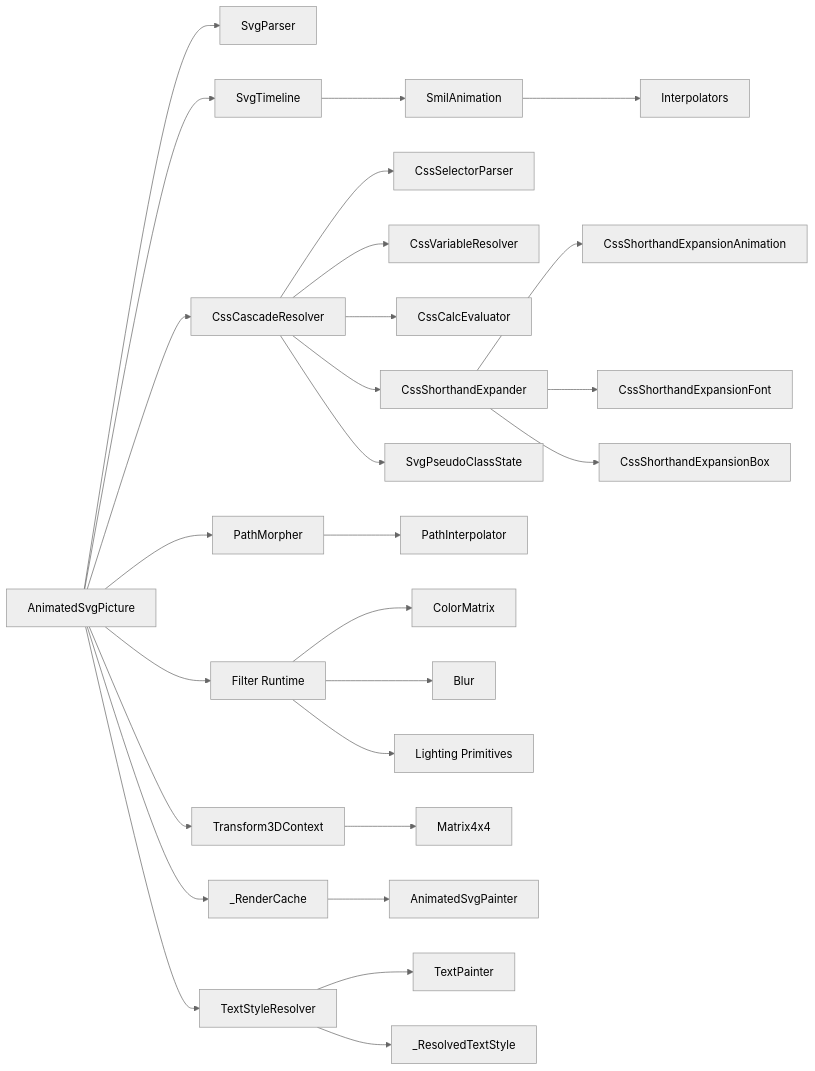
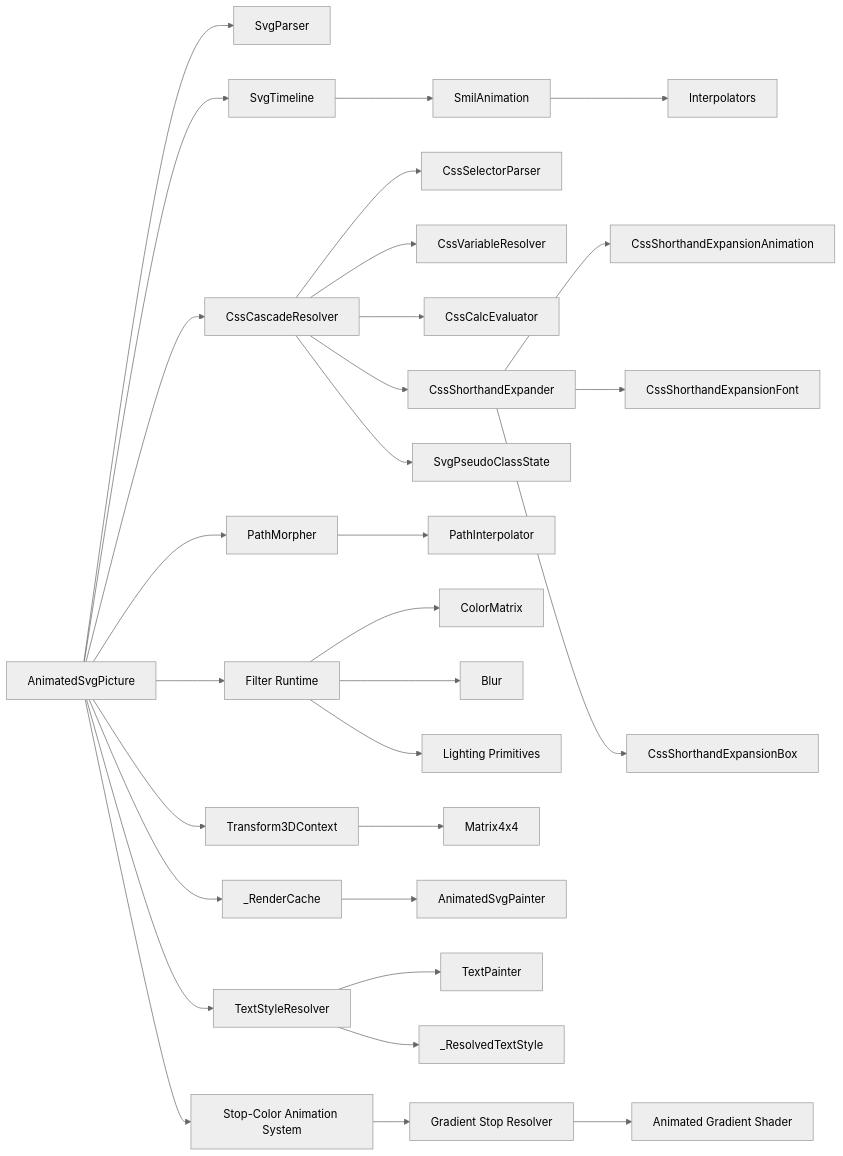
Before and after one commit to denisnadey/flutter_full_svg_support: diagram 18 of 18 in .qoder/repowiki/en/content/Animated SVG Support/Advanced Animation Features/Advanced Animation Features.md, drawn with Mermaid (neutral theme). The commit also changed other lines of this file and 8 other files, not shown here.

First line of the commit message:
feat(animation): add comprehensive stop-color animation support for gradient elements

````diff
--- a/.qoder/repowiki/en/content/Animated SVG Support/Advanced Animation Features/Advanced Animation Features.md
+++ b/.qoder/repowiki/en/content/Animated SVG Support/Advanced Animation Features/Advanced Animation Features.md
@@ -1172,29 +1287,32 @@
 ```mermaid
 graph LR
 Picture["AnimatedSvgPicture"] --> Parser["SvgParser"]
 Picture --> Timeline["SvgTimeline"]
 Picture --> CssCascade["CssCascadeResolver"]
 CssCascade --> CssSelectors["CssSelectorParser"]
 CssCascade --> CssVars["CssVariableResolver"]
 CssCascade --> CssCalc["CssCalcEvaluator"]
 CssCascade --> ShorthandExpander["CssShorthandExpander"]
 ShorthandExpander --> AnimationExpander["CssShorthandExpansionAnimation"]
 ShorthandExpander --> FontExpander["CssShorthandExpansionFont"]
 ShorthandExpander --> BoxExpander["CssShorthandExpansionBox"]
 CssCascade --> PseudoState["SvgPseudoClassState"]
 Timeline --> Anim["SmilAnimation"]
 Anim --> Interp["Interpolators"]
 Picture --> Morph["PathMorpher"]
 Morph --> InterpPath["PathInterpolator"]
 Picture --> Filters["Filter Runtime"]
 Filters --> CM["ColorMatrix"]
 Filters --> Blur["Blur"]
 Filters --> Light["Lighting Primitives"]
 Picture --> Transform3D["Transform3DContext"]
 Transform3D --> Matrix4x4["Matrix4x4"]
 Picture --> RenderCache["_RenderCache"]
 RenderCache --> Painter["AnimatedSvgPainter"]
 Picture --> TextStyle["TextStyleResolver"]
 TextStyle --> TextPaint["TextPainter"]
 TextStyle --> ResolvedStyle["_ResolvedTextStyle"]
+Picture --> StopColorSystem["Stop-Color Animation System"]
+StopColorSystem --> GradientResolver["Gradient Stop Resolver"]
+GradientResolver --> GradientShader["Animated Gradient Shader"]
 ```
````
